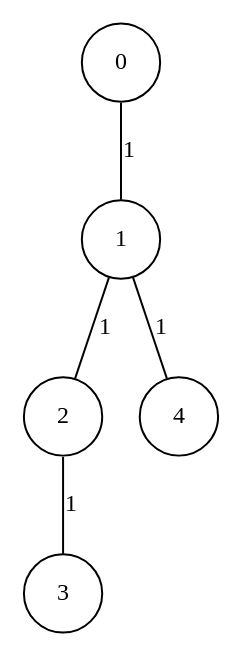
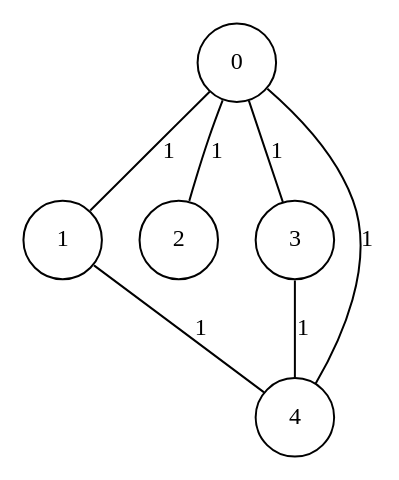
The diagram in GraphGenerator/input/instGraph_5_7.txt.dot (cardosodg/setcover-grasp), drawn with Graphviz before and after one commit. The commit also changed 602 other files, not shown here.

```diff
--- a/GraphGenerator/input/instGraph_5_7.txt.dot
+++ b/GraphGenerator/input/instGraph_5_7.txt.dot
@@ -1,19 +1,21 @@
 graph G {
 size="8.5,11;"
 ratio = "expand;"
 fixedsize="true;"
 overlap="scale;"
 node[shape=circle,width=.12,hight=.12,fontsize=12]
 edge[fontsize=12]
 
-0[label=" 0" color=black, pos="1.997799,1.8705399!"];
-1[label=" 1" color=black, pos="2.0041616,0.59389218!"];
-2[label=" 2" color=black, pos="1.1631315,1.9130267!"];
-3[label=" 3" color=black, pos="2.3590954,1.57943!"];
-4[label=" 4" color=black, pos="2.6873874,1.530808!"];
+0[label=" 0" color=black, pos="1.3042951,1.5769711!"];
+1[label=" 1" color=black, pos="1.7478093,2.0354209!"];
+2[label=" 2" color=black, pos="0.83323854,0.87327134!"];
+3[label=" 3" color=black, pos="1.9794341,1.9033663!"];
+4[label=" 4" color=black, pos="2.6668803,1.163968!"];
 0--1[label="1"]
-1--2[label="1"]
+0--2[label="1"]
+0--3[label="1"]
+0--4[label="1"]
 1--4[label="1"]
-2--3[label="1"]
+3--4[label="1"]
 
 }
```
